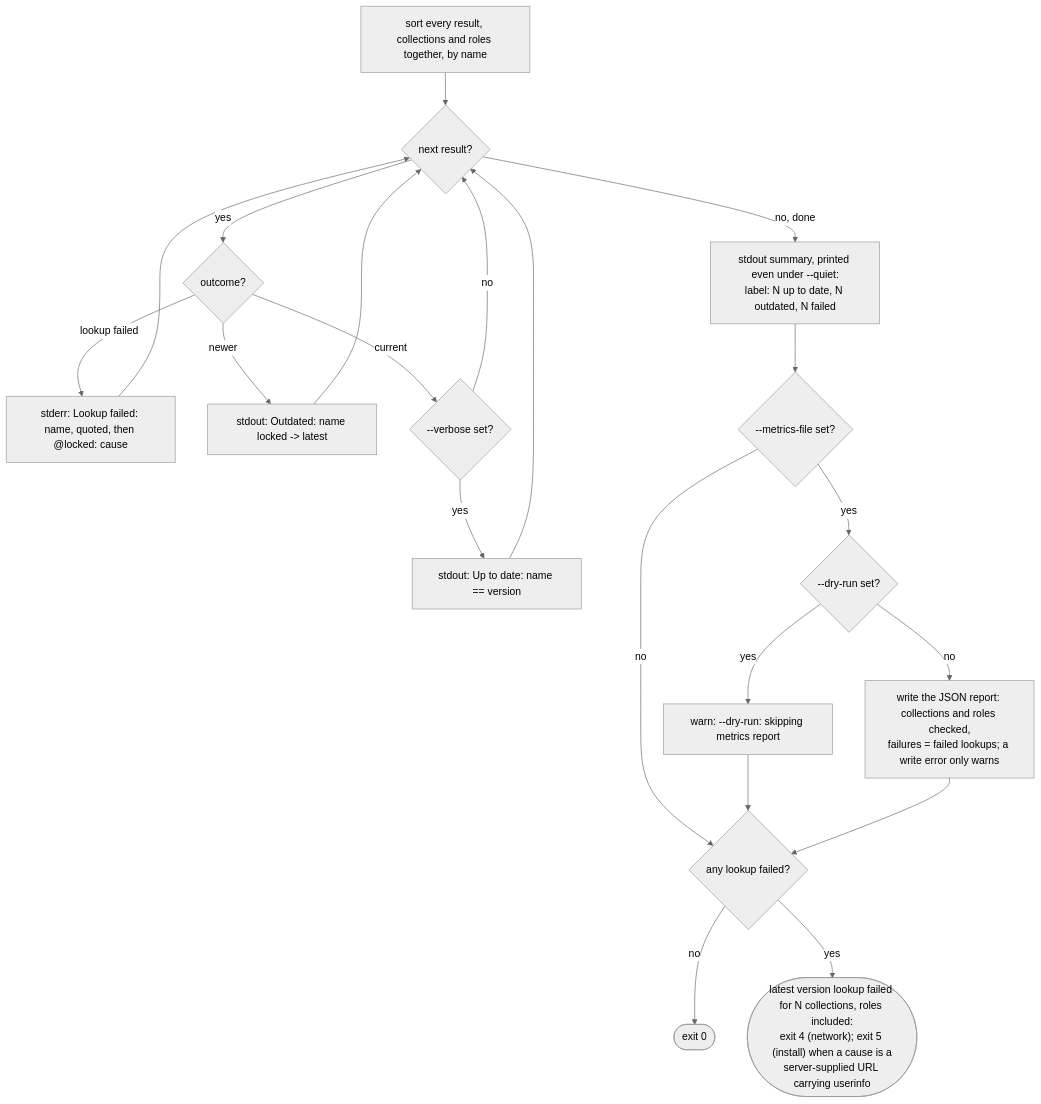
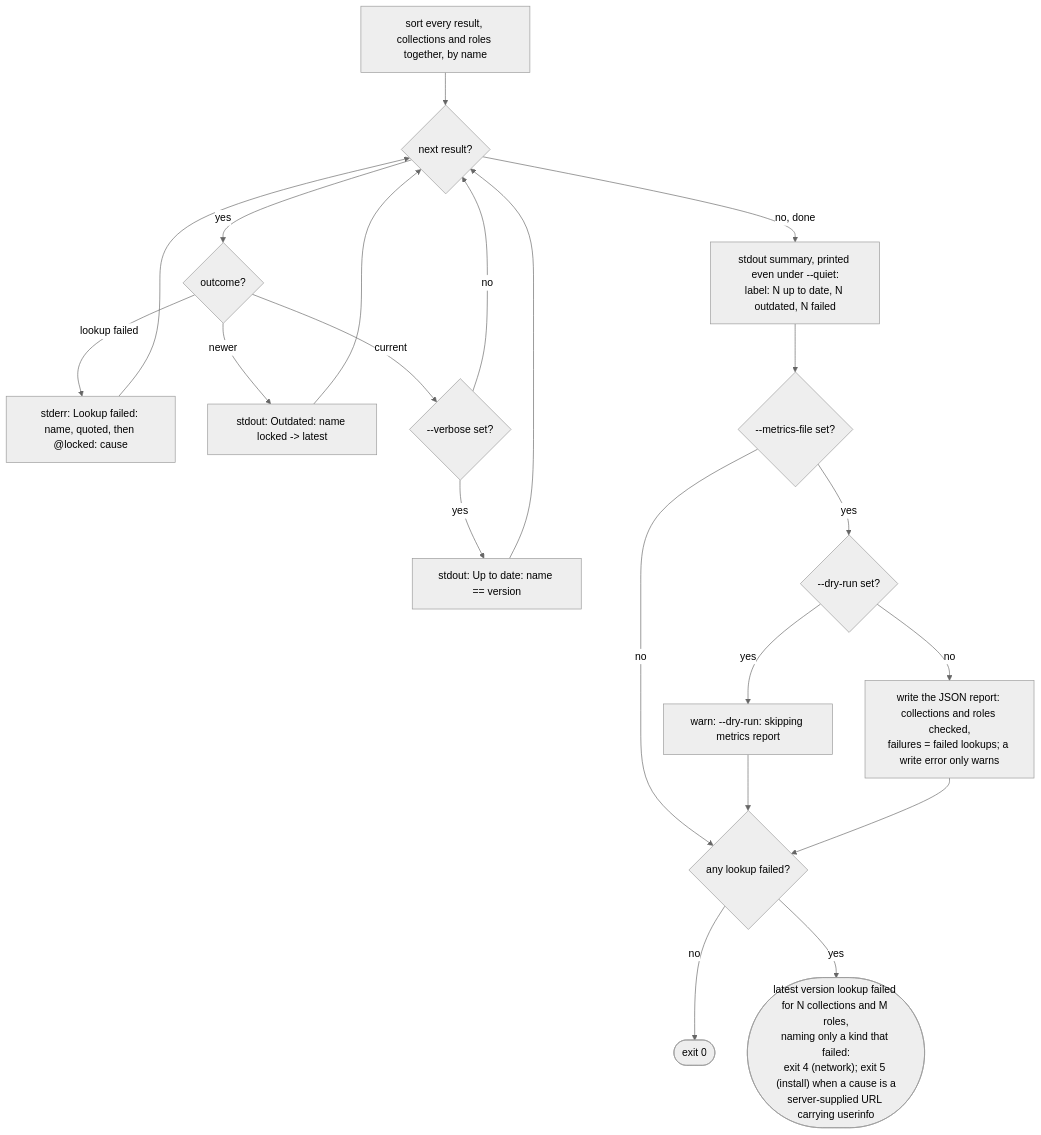
Before and after one commit to greeddj/go-galaxy: diagram 40 of 48 in docs/commands.md, drawn with Mermaid (neutral theme). The commit also changed 10 other files, not shown here.

````diff
--- a/docs/commands.md
+++ b/docs/commands.md
@@ -2003,23 +2003,23 @@
 ```mermaid
 flowchart TD
     Sort["sort every result, collections and roles together, by name"] --> Next{"next result?"}
     Next -->|"yes"| Outcome{"outcome?"}
     Outcome -->|"lookup failed"| FailLine["stderr: Lookup failed: name, quoted, then @locked: cause"]
     Outcome -->|"newer"| OutLine["stdout: Outdated: name locked -> latest"]
     Outcome -->|"current"| Verbose{"--verbose set?"}
     Verbose -->|"yes"| UpLine["stdout: Up to date: name == version"]
     Verbose -->|"no"| Next
     FailLine --> Next
     OutLine --> Next
     UpLine --> Next
     Next -->|"no, done"| Summary["stdout summary, printed even under --quiet:<br/>label: N up to date, N outdated, N failed"]
     Summary --> Metrics{"--metrics-file set?"}
     Metrics -->|"no"| AnyFail
     Metrics -->|"yes"| DryRun{"--dry-run set?"}
     DryRun -->|"yes"| DryWarn["warn: --dry-run: skipping metrics report"]
     DryRun -->|"no"| Write["write the JSON report: collections and roles checked,<br/>failures = failed lookups; a write error only warns"]
     DryWarn --> AnyFail{"any lookup failed?"}
     Write --> AnyFail
     AnyFail -->|"no"| Ok(["exit 0"])
-    AnyFail -->|"yes"| Failed(["latest version lookup failed for N collections, roles included:<br/>exit 4 (network); exit 5 (install) when a cause is a<br/>server-supplied URL carrying userinfo"])
+    AnyFail -->|"yes"| Failed(["latest version lookup failed for N collections and M roles,<br/>naming only a kind that failed:<br/>exit 4 (network); exit 5 (install) when a cause is a<br/>server-supplied URL carrying userinfo"])
 ```
````
